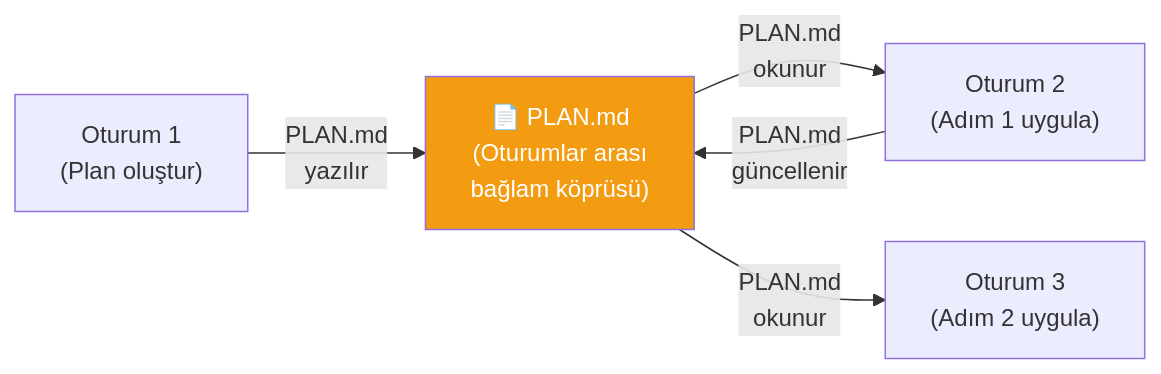
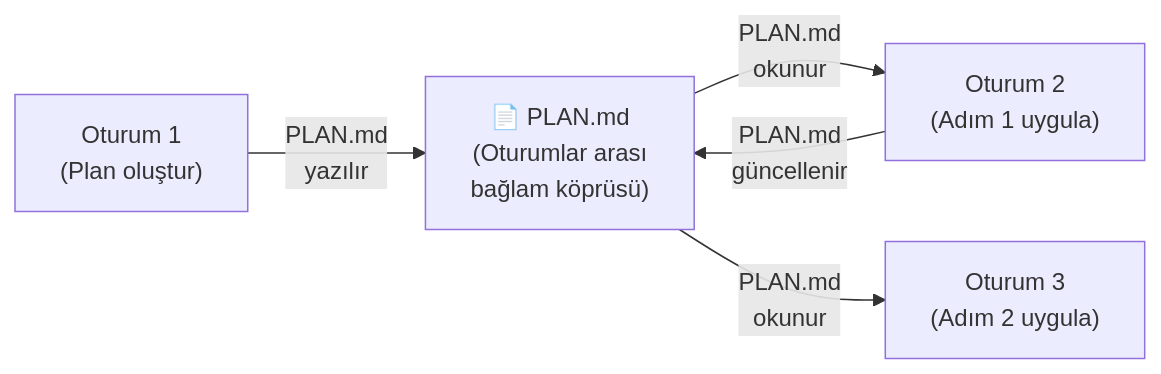
The fifth of 5 diagrams in 09-bellek-ve-baglam/06-oturum-yonetimi.md (IzzetYasinAtes/ClaudeCodeHandbook), drawn with Mermaid before and after one commit. The commit also changed other lines of this file and 97 other files, not shown here.

Commit message:
Remove all custom Mermaid style/fill colors from 98 markdown files for consistent dark theme rendering

````diff
--- a/09-bellek-ve-baglam/06-oturum-yonetimi.md
+++ b/09-bellek-ve-baglam/06-oturum-yonetimi.md
@@ -265,9 +255,8 @@
 ```mermaid
 flowchart LR
     S1["Oturum 1<br/>(Plan oluştur)"] -->|"PLAN.md<br/>yazılır"| FILE["📄 PLAN.md<br/>(Oturumlar arası<br/>bağlam köprüsü)"]
     FILE -->|"PLAN.md<br/>okunur"| S2["Oturum 2<br/>(Adım 1 uygula)"]
     S2 -->|"PLAN.md<br/>güncellenir"| FILE
     FILE -->|"PLAN.md<br/>okunur"| S3["Oturum 3<br/>(Adım 2 uygula)"]
 
-    style FILE fill:#F39C12,color:#fff
 ```
````
